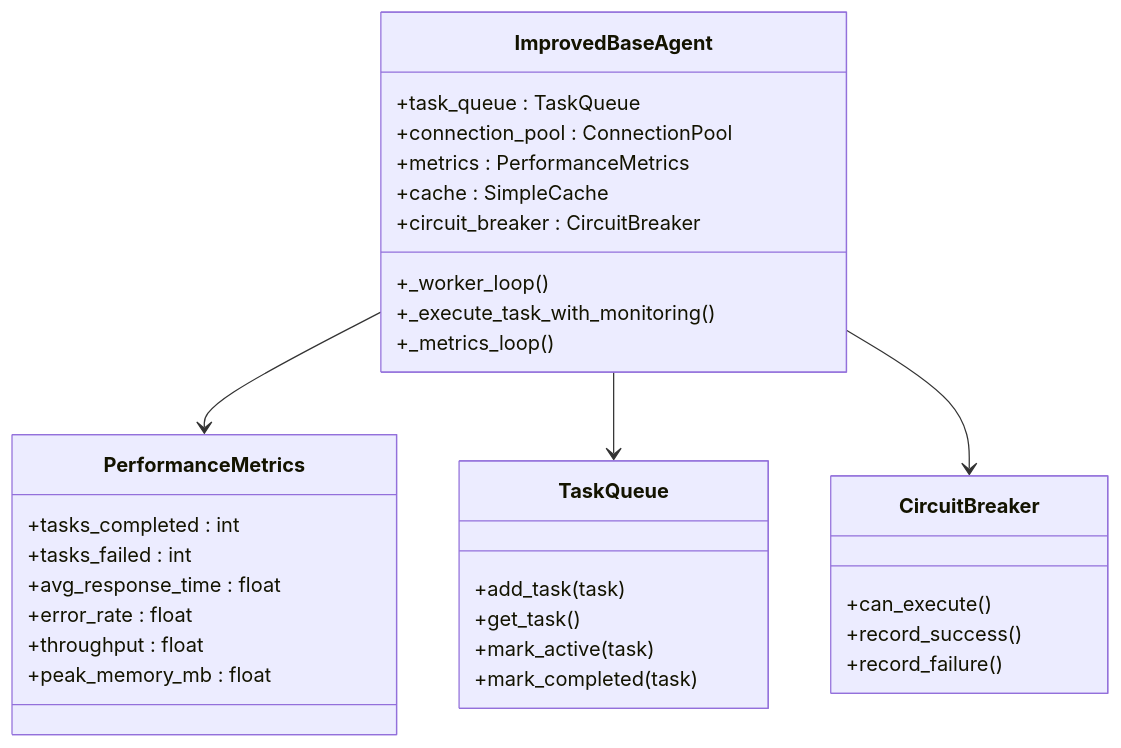
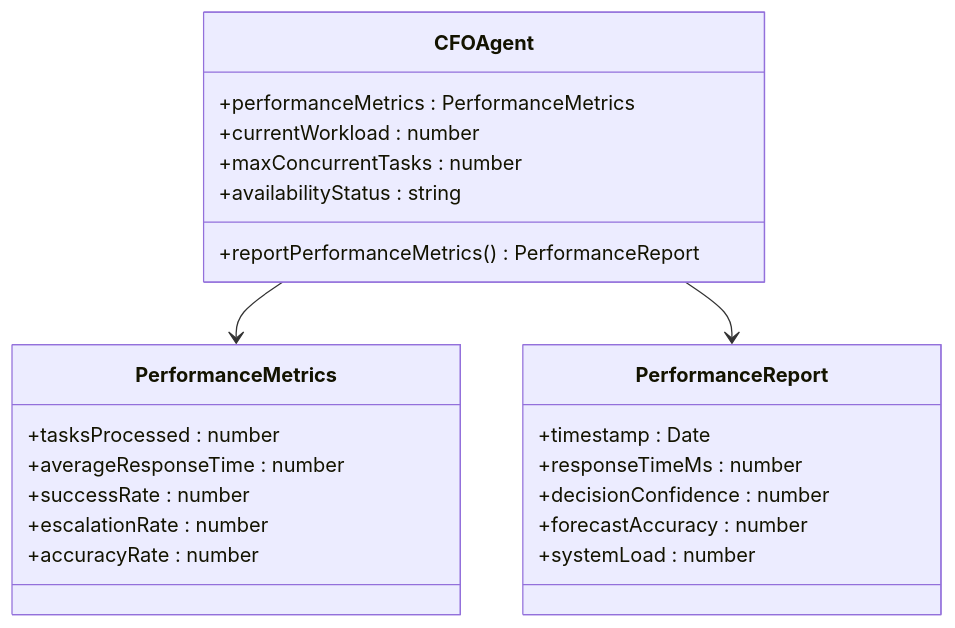
Before and after one commit to 371-Minds/os: the sixth of 8 diagrams in .qoder/repowiki/en/content/Agent Ecosystem/C-Suite Agents/CFO Agent (Maya).md, drawn with Mermaid. The commit also changed other lines of this file and 8 other files, not shown here.

````diff
--- a/.qoder/repowiki/en/content/Agent Ecosystem/C-Suite Agents/CFO Agent (Maya).md
+++ b/.qoder/repowiki/en/content/Agent Ecosystem/C-Suite Agents/CFO Agent (Maya).md
@@ -308,35 +308,26 @@
 ```mermaid
 classDiagram
-class ImprovedBaseAgent {
-+task_queue : TaskQueue
-+connection_pool : ConnectionPool
-+metrics : PerformanceMetrics
-+cache : SimpleCache
-+circuit_breaker : CircuitBreaker
-+_worker_loop()
-+_execute_task_with_monitoring()
-+_metrics_loop()
+class CFOAgent {
++performanceMetrics : PerformanceMetrics
++currentWorkload : number
++maxConcurrentTasks : number
++availabilityStatus : string
++reportPerformanceMetrics() PerformanceReport
 }
 class PerformanceMetrics {
-+tasks_completed : int
-+tasks_failed : int
-+avg_response_time : float
-+error_rate : float
-+throughput : float
-+peak_memory_mb : float
++tasksProcessed : number
++averageResponseTime : number
++successRate : number
++escalationRate : number
++accuracyRate : number
 }
-class TaskQueue {
-+add_task(task)
-+get_task()
-+mark_active(task)
-+mark_completed(task)
+class PerformanceReport {
++timestamp : Date
++responseTimeMs : number
++decisionConfidence : number
++forecastAccuracy : number
++systemLoad : number
 }
-class CircuitBreaker {
-+can_execute()
-+record_success()
-+record_failure()
-}
-ImprovedBaseAgent --> PerformanceMetrics
-ImprovedBaseAgent --> TaskQueue
-ImprovedBaseAgent --> CircuitBreaker
+CFOAgent --> PerformanceMetrics
+CFOAgent --> PerformanceReport
 ```
````
